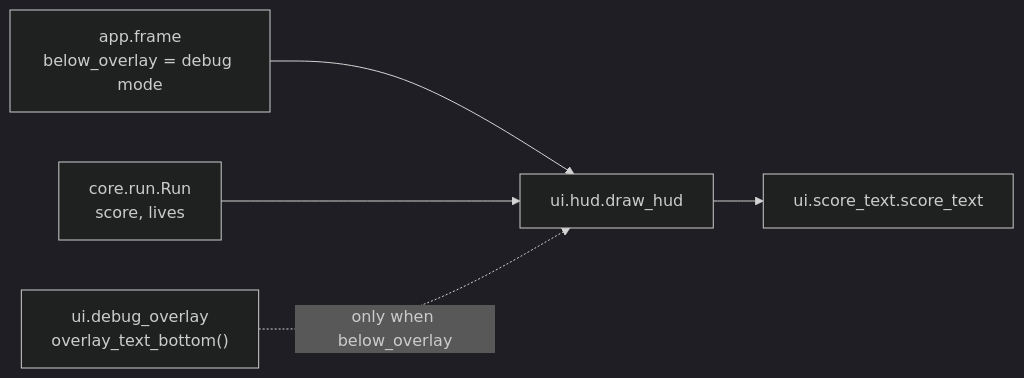
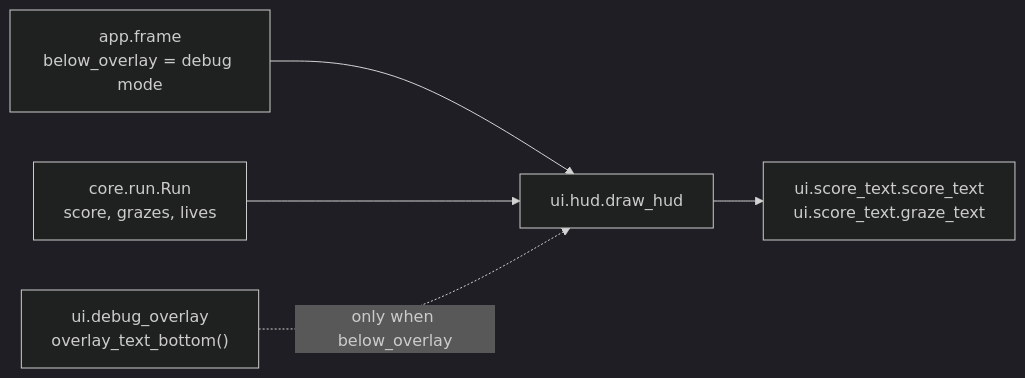
One commit to david-mntl/driftward-ace changed the diagram in docs/contracts/systems/hud.md. Above: the diagram before and after it, drawn with Mermaid (dark theme). The commit also changed other lines of this file and 29 other files, not shown here.

Commit message:
docs(contracts): design DRA-117 graze, scoring schema, tasks and integration checks

````diff
--- a/docs/contracts/systems/hud.md
+++ b/docs/contracts/systems/hud.md
@@ -44,7 +44,7 @@
 ```mermaid
 flowchart LR
   APP["app.frame<br/>below_overlay = debug mode"] --> H["ui.hud.draw_hud"]
-  R["core.run.Run<br/>score, lives"] --> H
-  H --> T["ui.score_text.score_text"]
+  R["core.run.Run<br/>score, grazes, lives"] --> H
+  H --> T["ui.score_text.score_text<br/>ui.score_text.graze_text"]
   O["ui.debug_overlay<br/>overlay_text_bottom()"] -. "only when below_overlay" .-> H
 ```
````
